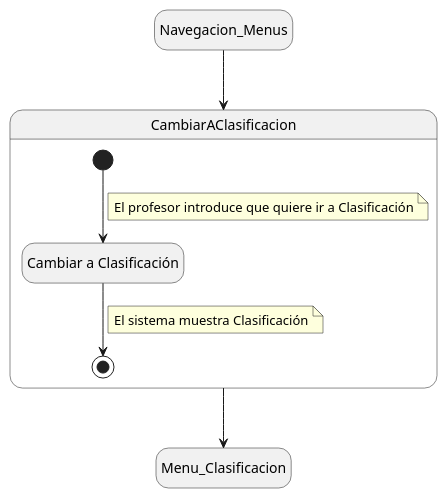
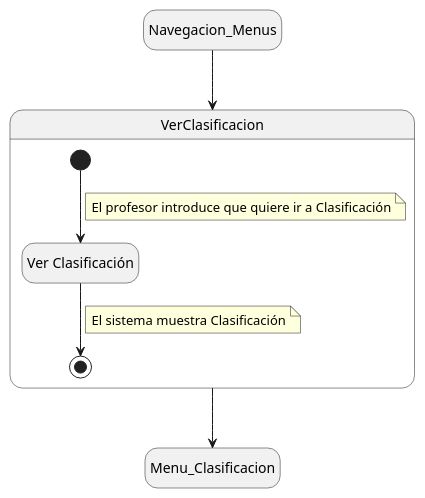
The diagram in Documentos/DetallarCasosDeUso/Profesor/CambiarAClasificacion.puml (mmasias/24-25-IdSw1-SDR), drawn with PlantUML before and after one commit.

```diff
--- a/Documentos/DetallarCasosDeUso/Profesor/CambiarAClasificacion.puml
+++ b/Documentos/DetallarCasosDeUso/Profesor/CambiarAClasificacion.puml
@@ -1,22 +1,22 @@
-@startuml CambiarAClasificacion
+@startuml VerClasificacion
 
 hide empty description
 
 state Navegacion_Menus
 state Menu_Clasificacion
-state CambiarAClasificacion{
-    state Cambiar as "Cambiar a Clasificación"
+state VerClasificacion{
+    state Cambiar as "Ver Clasificación"
     [*] --> Cambiar
     note on link
         El profesor introduce que quiere ir a Clasificación
     end note
     Cambiar --> [*]
     note on link
         El sistema muestra Clasificación
     end note
 }
 
-Navegacion_Menus --> CambiarAClasificacion
-CambiarAClasificacion --> Menu_Clasificacion
+Navegacion_Menus --> VerClasificacion
+VerClasificacion --> Menu_Clasificacion
 
 @enduml
```
